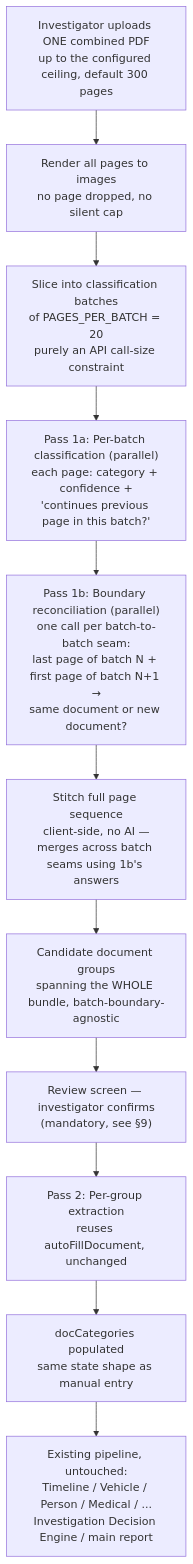
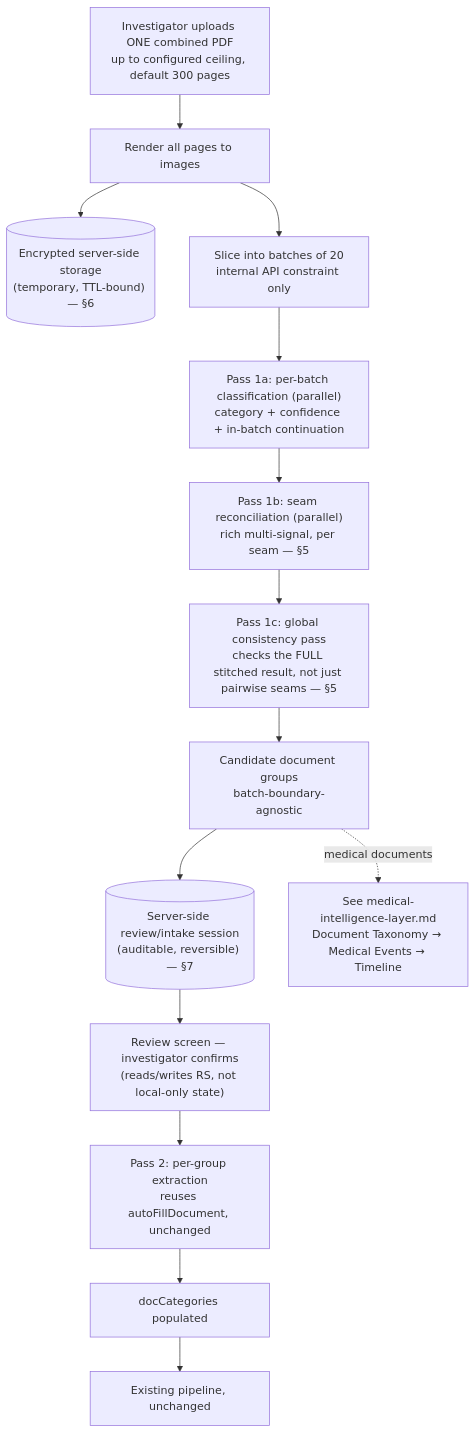
The diagram in docs/document-intake-pipeline/architecture-assessment.md (keyinvestigationsindia-dotcom/keyinvestigations), drawn with Mermaid before and after one commit. The commit also changed other lines of this file and 2 other files, not shown here.

````diff
--- a/docs/document-intake-pipeline/architecture-assessment.md
+++ b/docs/document-intake-pipeline/architecture-assessment.md
@@ -44,13 +21,16 @@
 ```mermaid
 flowchart TD
-    A[Investigator uploads ONE combined PDF\nup to the configured ceiling, default 300 pages] --> B[Render all pages to images\nno page dropped, no silent cap]
-    B --> C[Slice into classification batches\nof PAGES_PER_BATCH = 20\npurely an API call-size constraint]
-    C --> D["Pass 1a: Per-batch classification (parallel)\neach page: category + confidence +\n'continues previous page in this batch?'"]
-    D --> E["Pass 1b: Boundary reconciliation (parallel)\none call per batch-to-batch seam:\nlast page of batch N + first page of batch N+1 →\nsame document or new document?"]
-    E --> F[Stitch full page sequence\nclient-side, no AI —\nmerges across batch seams using 1b's answers]
-    F --> G[Candidate document groups\nspanning the WHOLE bundle, batch-boundary-agnostic]
-    G --> H["Review screen — investigator confirms\n(mandatory, see §9)"]
-    H --> I[Pass 2: Per-group extraction\nreuses autoFillDocument, unchanged]
-    I --> J[docCategories populated\nsame state shape as manual entry]
-    J --> K[Existing pipeline, untouched:\nTimeline / Vehicle / Person / Medical / ...\nInvestigation Decision Engine / main report]
+    A[Investigator uploads ONE combined PDF\nup to configured ceiling, default 300 pages] --> B[Render all pages to images]
+    B --> ST1[("Encrypted server-side storage\n(temporary, TTL-bound) — §6")]
+    B --> C[Slice into batches of 20\ninternal API constraint only]
+    C --> D["Pass 1a: per-batch classification (parallel)\ncategory + confidence + in-batch continuation"]
+    D --> E["Pass 1b: seam reconciliation (parallel)\nrich multi-signal, per seam — §5"]
+    E --> F["Pass 1c: global consistency pass\nchecks the FULL stitched result, not just pairwise seams — §5"]
+    F --> G[Candidate document groups\nbatch-boundary-agnostic]
+    G --> RS[("Server-side review/intake session\n(auditable, reversible) — §7")]
+    RS --> H["Review screen — investigator confirms\n(reads/writes RS, not local-only state)"]
+    H --> I[Pass 2: per-group extraction\nreuses autoFillDocument, unchanged]
+    I --> J[docCategories populated]
+    J --> K[Existing pipeline, unchanged]
+    G -.medical documents.-> L["See medical-intelligence-layer.md\nDocument Taxonomy → Medical Events → Timeline"]
 ```
````
